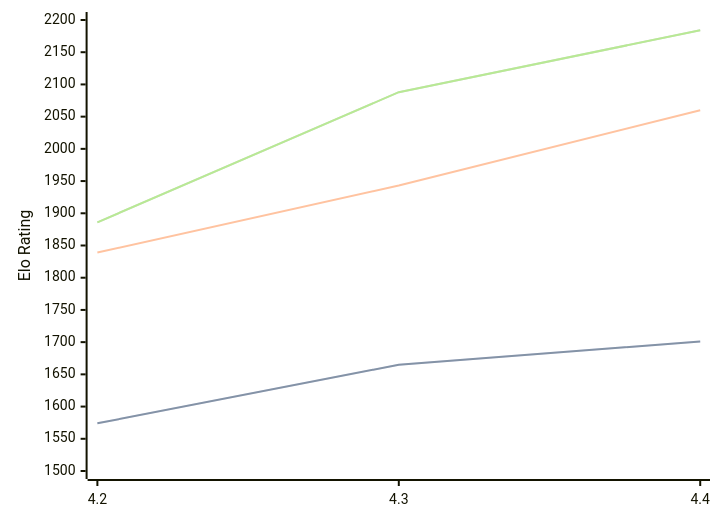
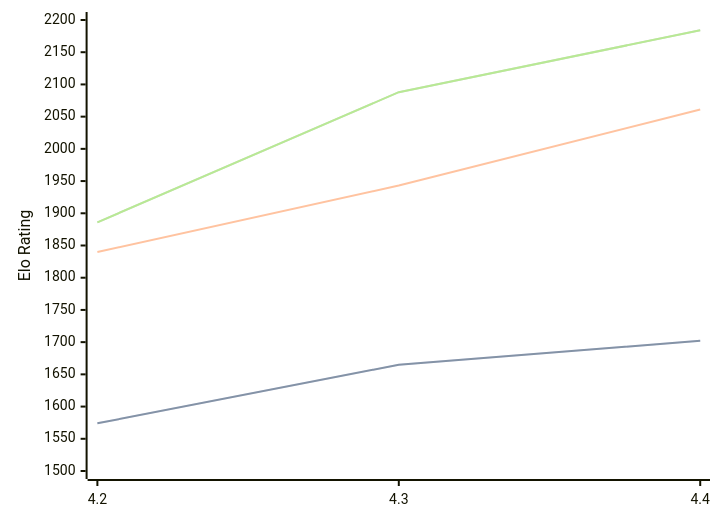
Before and after one commit to computer-chess-index/cci: the diagram in engines/Radiance.md, drawn with Mermaid. The commit also changed other lines of this file, not shown here.

````diff
--- a/engines/Radiance.md
+++ b/engines/Radiance.md
@@ -36,11 +36,11 @@
 ```mermaid
 %%{init: {"theme":"base","themeVariables":{"seriesColors:['#a3a3a3','#222221','#faa371']}}}%%
 xychart-beta
   x-axis ["4.2", "4.3", "4.4"]
   y-axis "Elo Rating" 1500 --> 2200
-  line "STC (8.0+0.08s)" [1574, 1665, 1701]
-  line "STC (8.0+0.08s)" [1574, 1665, 1701]
-  line "LTC (60.0+0.60s)" [1839, 1943, 2060]
+  line "STC (8.0+0.08s)" [1574, 1665, 1702]
+  line "STC (8.0+0.08s)" [1574, 1665, 1702]
+  line "LTC (60.0+0.60s)" [1840, 1943, 2061]
   line "VLTC (2m24s+1.12s)" [1886, 2088, 2184]
   line "VLTC (2m24s+1.12s)" [1886, 2088, 2184]
 ```
````
